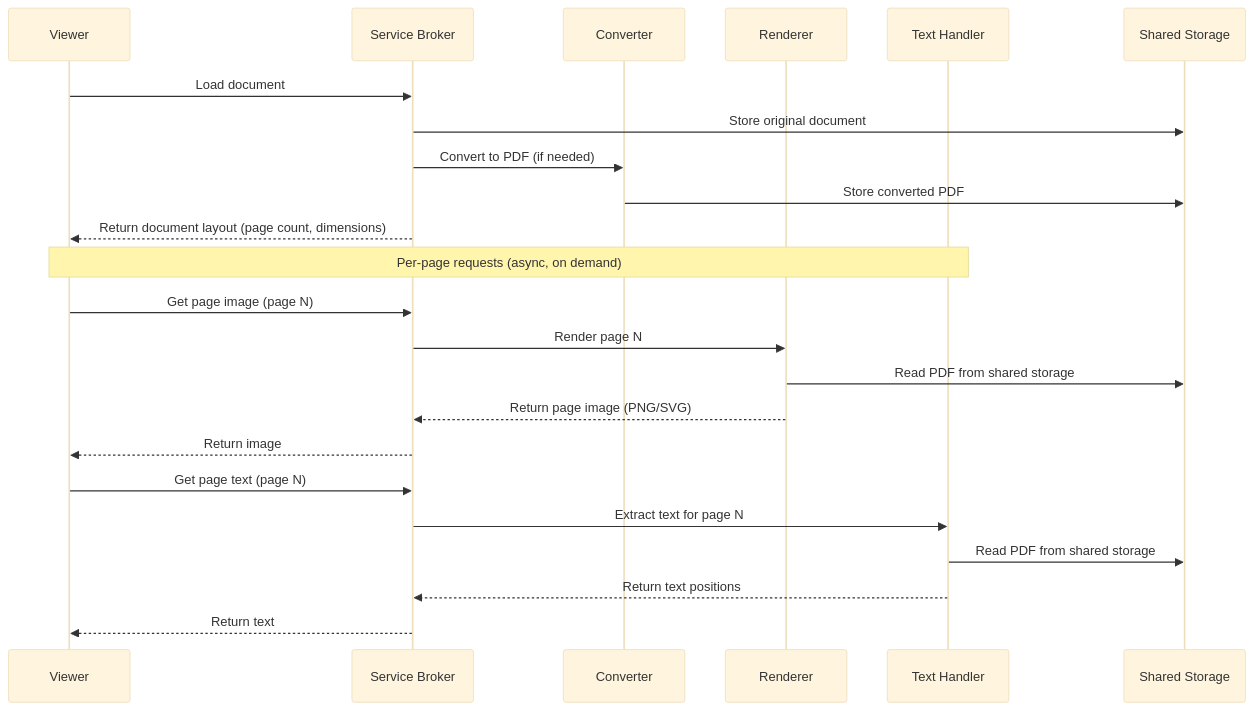
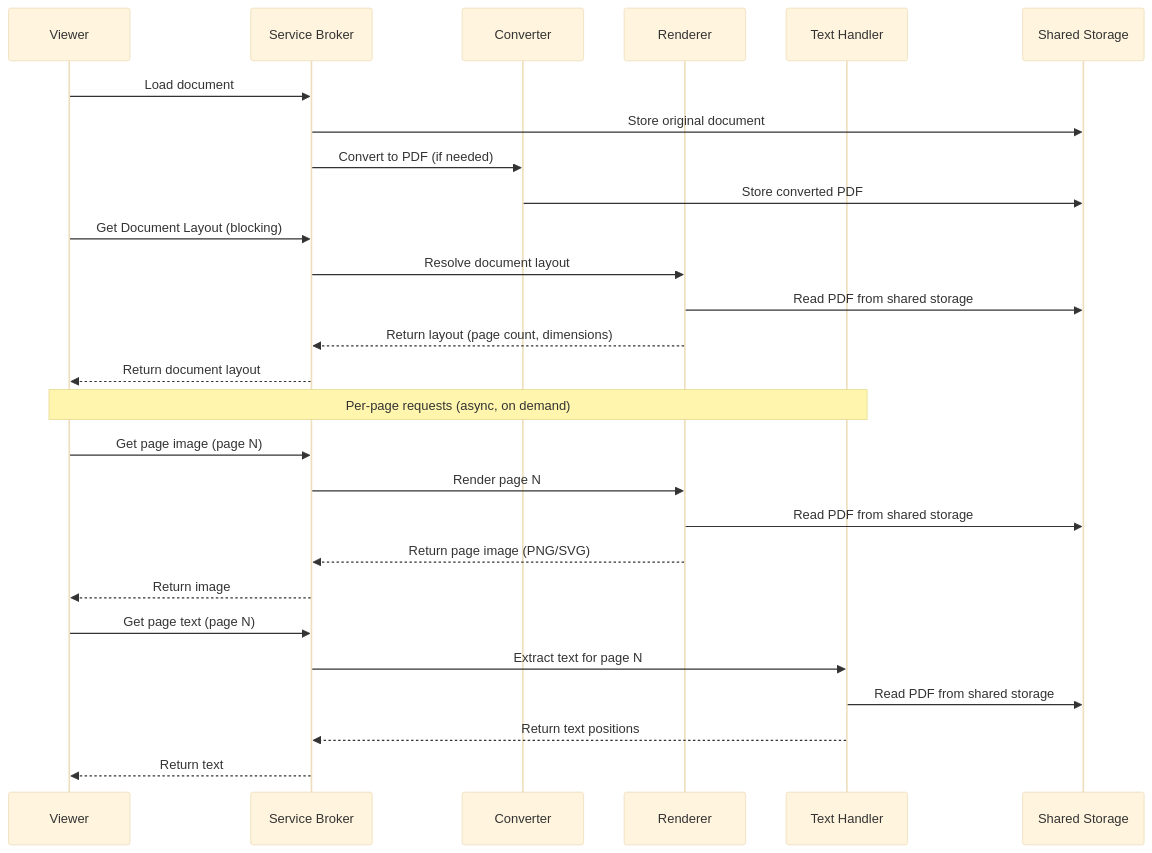
The diagram in docs/arender/concepts/rendition-pipeline.md (Uxopian/uxodocs), drawn with Mermaid (base theme) before and after one commit. The commit also changed 14 other files, not shown here.

````diff
--- a/docs/arender/concepts/rendition-pipeline.md
+++ b/docs/arender/concepts/rendition-pipeline.md
@@ -19,29 +19,34 @@
 ```mermaid
 sequenceDiagram
     participant V as Viewer
     participant B as Service Broker
     participant C as Converter
     participant R as Renderer
     participant T as Text Handler
     participant FS as Shared Storage
 
     V->>B: Load document
     B->>FS: Store original document
     B->>C: Convert to PDF (if needed)
     C->>FS: Store converted PDF
-    B-->>V: Return document layout (page count, dimensions)
+
+    V->>B: Get Document Layout (blocking)
+    B->>R: Resolve document layout
+    R->>FS: Read PDF from shared storage
+    R-->>B: Return layout (page count, dimensions)
+    B-->>V: Return document layout
 
     Note over V,T: Per-page requests (async, on demand)
 
     V->>B: Get page image (page N)
     B->>R: Render page N
     R->>FS: Read PDF from shared storage
     R-->>B: Return page image (PNG/SVG)
     B-->>V: Return image
 
     V->>B: Get page text (page N)
     B->>T: Extract text for page N
     T->>FS: Read PDF from shared storage
     T-->>B: Return text positions
     B-->>V: Return text
 ```
````
